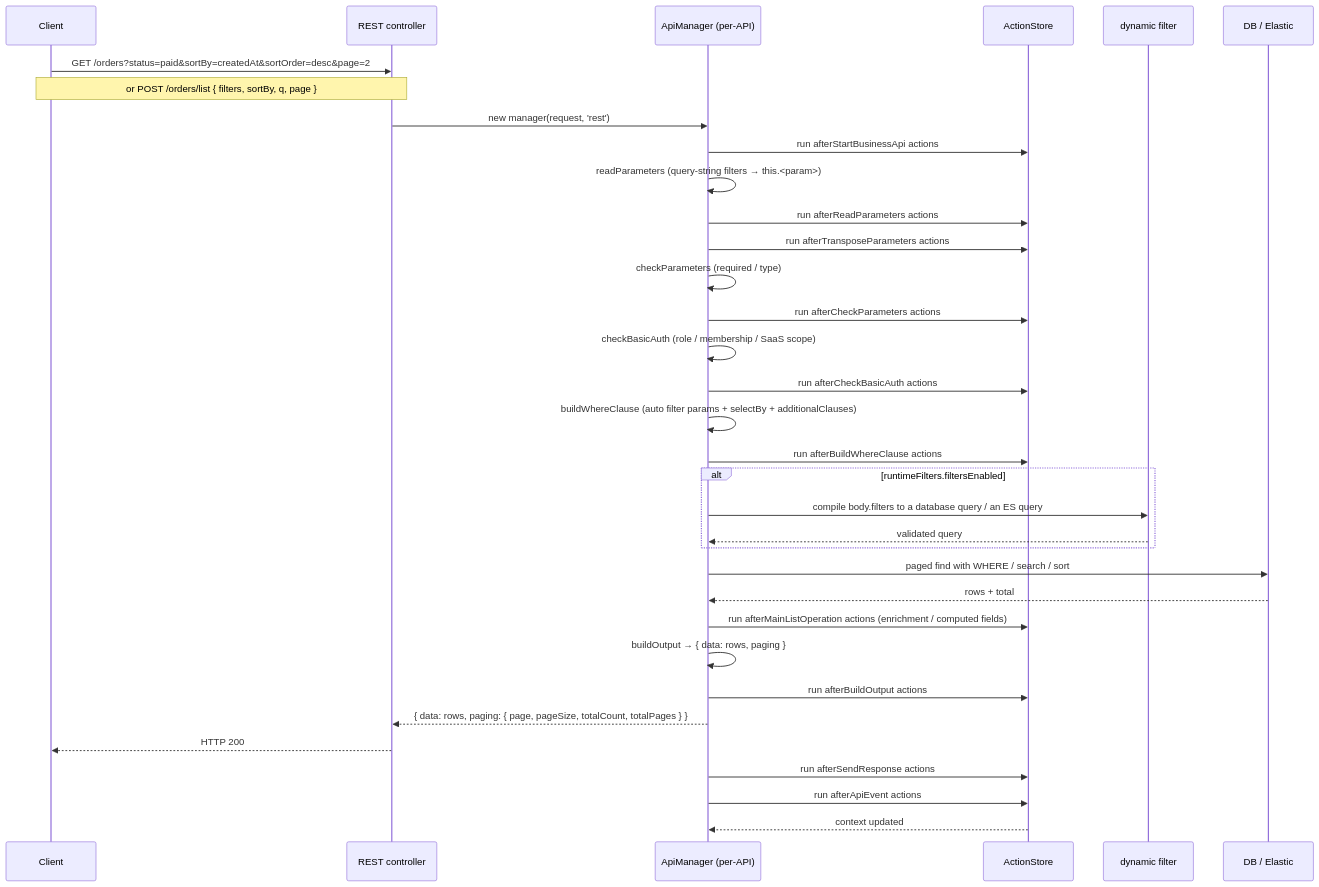
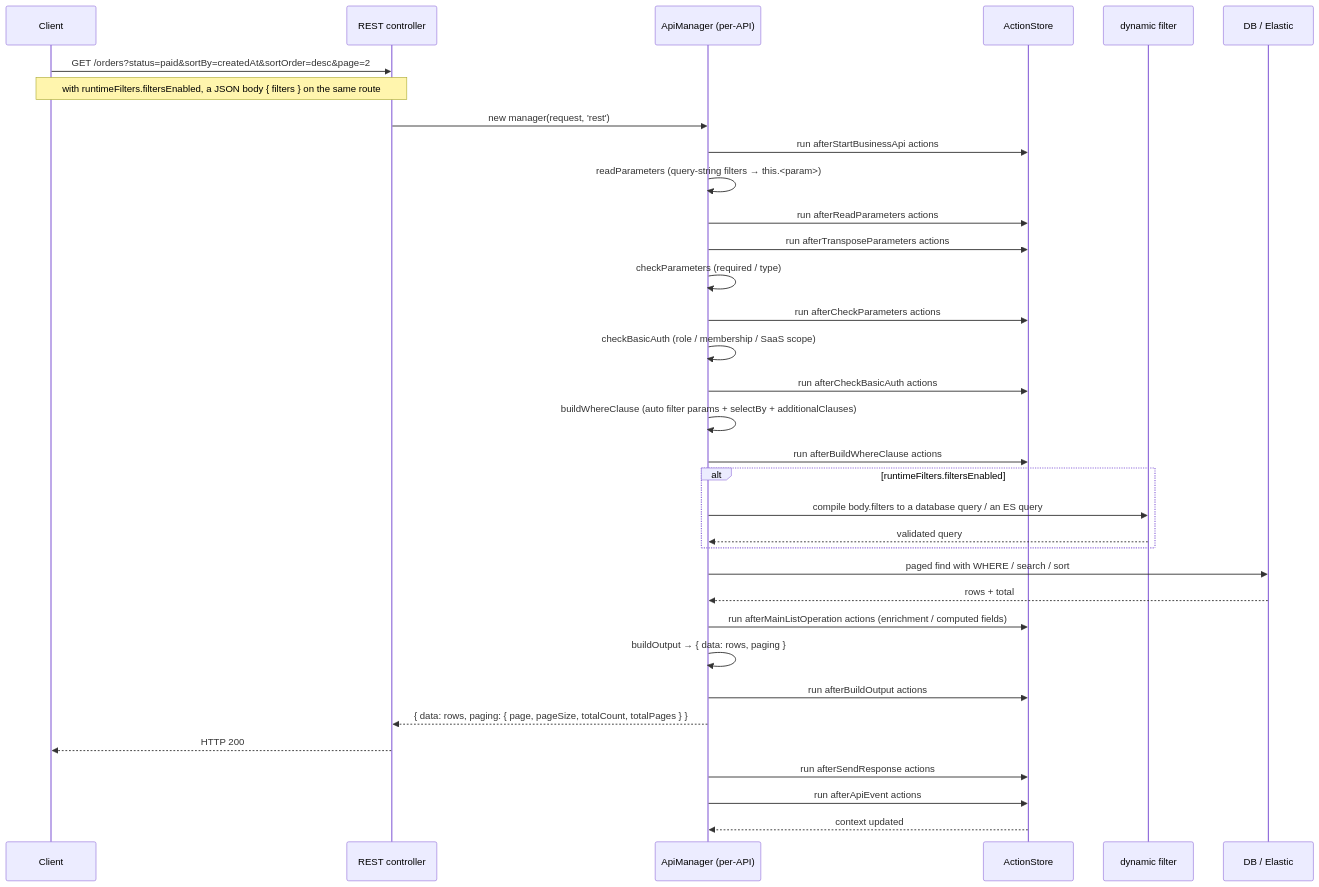
One commit to Mindbricks/mind-set changed the diagram in corpus/openappl/guides/business-apis/list-api.md. Above: the diagram before and after it, drawn with Mermaid. The commit also changed other lines of this file and 24 other files, not shown here.

````diff
--- a/corpus/openappl/guides/business-apis/list-api.md
+++ b/corpus/openappl/guides/business-apis/list-api.md
@@ -37,37 +37,37 @@
 ```mermaid
 sequenceDiagram
   participant C as Client
   participant R as REST controller
   participant M as ApiManager (per-API)
   participant AS as ActionStore
   participant F as dynamic filter
   participant DB as DB / Elastic
 
   C->>R: GET /orders?status=paid&sortBy=createdAt&sortOrder=desc&page=2
-  Note over C,R: or POST /orders/list { filters, sortBy, q, page }
+  Note over C,R: with runtimeFilters.filtersEnabled, a JSON body { filters } on the same route
   R->>M: new manager(request, 'rest')
   M->>AS: run afterStartBusinessApi actions
   M->>M: readParameters (query-string filters → this.<param>)
   M->>AS: run afterReadParameters actions
   M->>AS: run afterTransposeParameters actions
   M->>M: checkParameters (required / type)
   M->>AS: run afterCheckParameters actions
   M->>M: checkBasicAuth (role / membership / SaaS scope)
   M->>AS: run afterCheckBasicAuth actions
   M->>M: buildWhereClause (auto filter params + selectBy + additionalClauses)
   M->>AS: run afterBuildWhereClause actions
   alt runtimeFilters.filtersEnabled
     M->>F: compile body.filters to a database query / an ES query
     F-->>M: validated query
   end
   M->>DB: paged find with WHERE / search / sort
   DB-->>M: rows + total
   M->>AS: run afterMainListOperation actions (enrichment / computed fields)
   M->>M: buildOutput → { data: rows, paging }
   M->>AS: run afterBuildOutput actions
   M-->>R: { data: rows, paging: { page, pageSize, totalCount, totalPages } }
   R-->>C: HTTP 200
   M->>AS: run afterSendResponse actions
   M->>AS: run afterApiEvent actions
   AS-->>M: context updated
 ```
````
